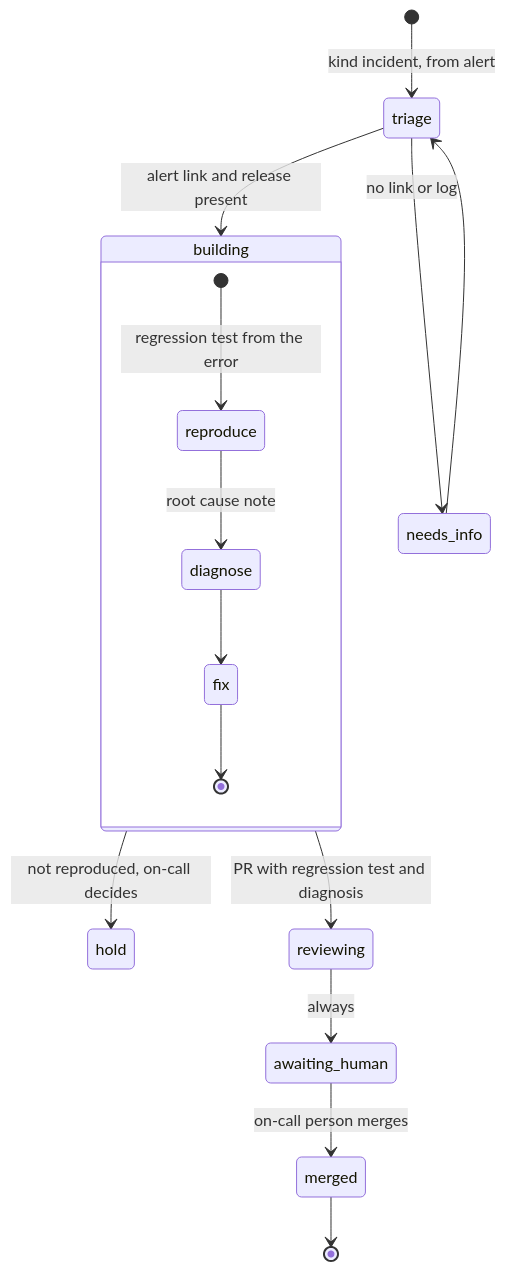
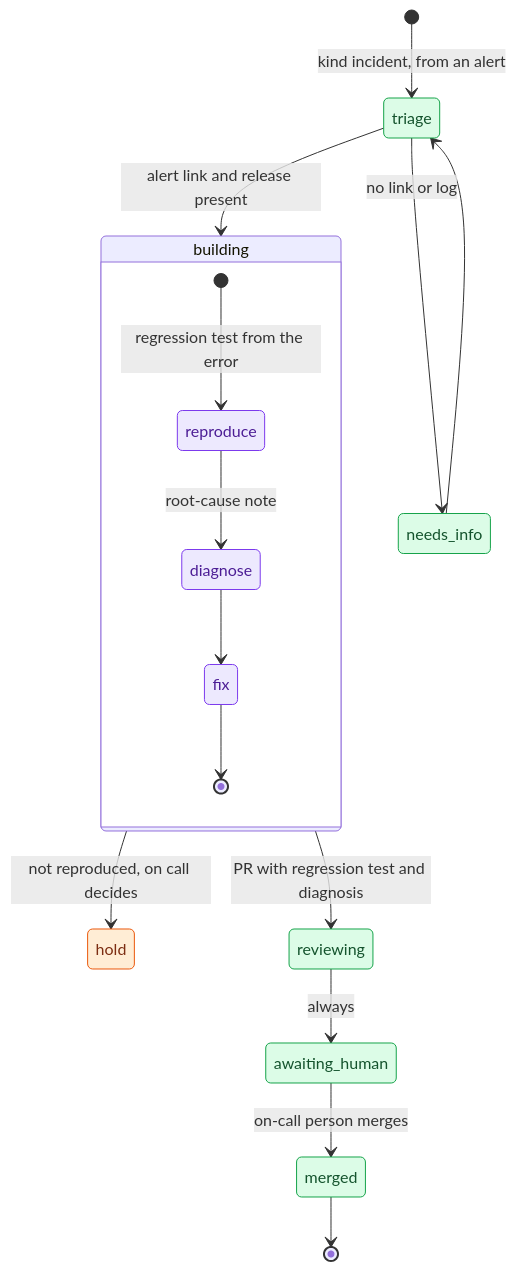
One commit to icelink-ai/software-factory-manifesto changed the fourth of 5 diagrams in docs/01-work-intake/request-kinds.md. Above: the diagram before and after it, drawn with Mermaid. The commit also changed other lines of this file and 73 other files, not shown here.

````diff
--- a/docs/01-work-intake/request-kinds.md
+++ b/docs/01-work-intake/request-kinds.md
@@ -143,18 +192,26 @@
 ```mermaid
 stateDiagram-v2
-    [*] --> triage: kind incident, from alert
+    [*] --> triage: kind incident, from an alert
     triage --> building: alert link and release present
     triage --> needs_info: no link or log
     needs_info --> triage
     state building {
         [*] --> reproduce: regression test from the error
-        reproduce --> diagnose: root cause note
+        reproduce --> diagnose: root-cause note
         diagnose --> fix
         fix --> [*]
     }
-    building --> hold: not reproduced, on-call decides
+    building --> hold: not reproduced, on call decides
     building --> reviewing: PR with regression test and diagnosis
     reviewing --> awaiting_human: always
     awaiting_human --> merged: on-call person merges
     merged --> [*]
+    class triage,needs_info,reviewing,awaiting_human,merged state
+    class reproduce,diagnose,fix agent
+    class hold stop
+    classDef person fill:#dbeafe,stroke:#2563eb,color:#1e3a8a
+    classDef script fill:#f1f5f9,stroke:#64748b,color:#0f172a
+    classDef agent fill:#ede9fe,stroke:#7c3aed,color:#4c1d95
+    classDef state fill:#dcfce7,stroke:#16a34a,color:#14532d
+    classDef stop fill:#ffedd5,stroke:#ea580c,color:#7c2d12
 ```
````
